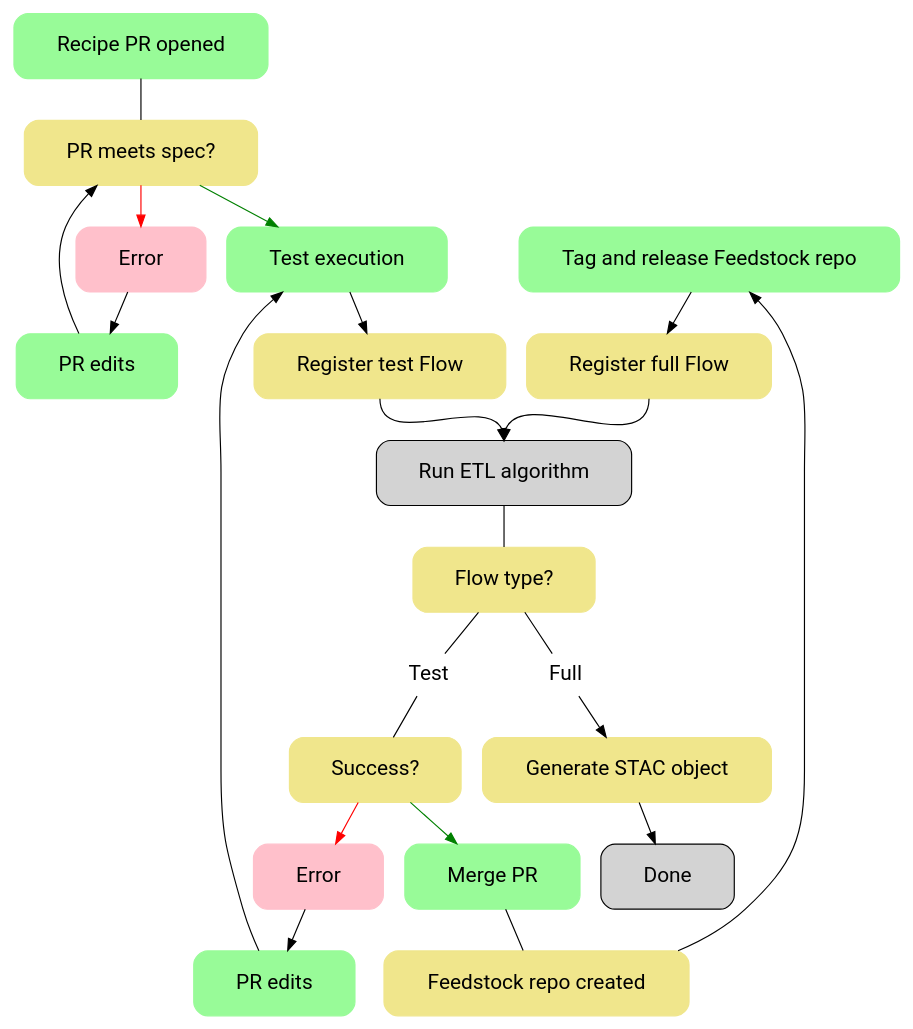
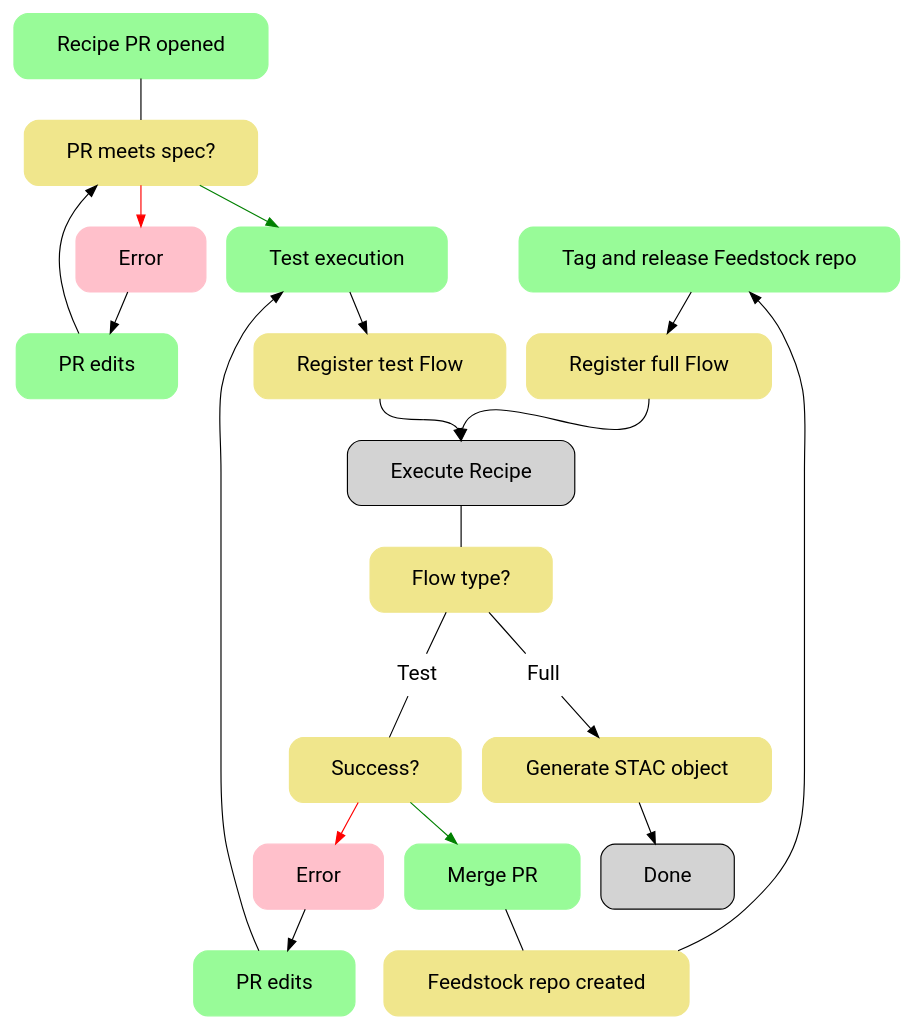
Before and after one commit to pangeo-forge/flow-charts: the diagram in ci-flow-simple.gv, drawn with Graphviz.

Commit message:
rename etl -> execute

```diff
--- a/ci-flow-simple.gv
+++ b/ci-flow-simple.gv
@@ -1,122 +1,122 @@
 digraph prof {
     node [style="filled, rounded", shape=box, fontname="Roboto", fontsize=18, margin="0.5,0.25"];
     
     /* ------- COLOR-CODED NODE "CLASSES" ------- */
     
     /* Human actions */
     pr, commits0, commits1, runrecipetest, merge,
     release [color=palegreen];
     
     /* Execution steps, flow control, etc. */
     // lintgate, registertest, runflow, flowexit, flowsuccess, updatecomment, newrepo, buildrecipe, exitgate, stac [color=khaki];
     lintgate, registertest, flowsuccess, newrepo, buildrecipe, exitgate, stac [color=khaki];
     
     /* Inline labels */
     Test, Full [color=white, margin="0,0"];
     
     /* Errors */
     error0, error1 [color=pink, label="Error"];
     
     
     /* ------- NODE LABELS ------- */
     
     pr [label="Recipe PR opened"];
     commits0, commits1 [label="PR edits"];
     lintgate [label="PR meets spec?"]
     runrecipetest [label="Test execution"]
     registertest [label="Register test Flow"]
     // runflow [label="Run Flow"]
-    etl [label="Run ETL algorithm"]
+    execute [label="Execute Recipe"]
     // flowexit [label="POST exit state"]
     // updatecomment [label="`/run-recipe-test` comment updated"]
     flowsuccess [label="Success?"]
     merge [label="Merge PR"]
     newrepo [label="Feedstock repo created"]
     release [label="Tag and release Feedstock repo"]
     buildrecipe [label="Register full Flow"]
     exitgate [label="Flow type?"]
     stac [label="Generate STAC object"]
     
     /* ------- GRAPH CONNECTIONS ------- */
     
     /* Control flow connections */
     
     pr -> lintgate [arrowhead=none]
     lintgate -> error0 [color=red]
     error0  -> commits0
     commits0 -> lintgate
     lintgate -> runrecipetest [color=green]
     runrecipetest -> registertest
     // registertest -> runflow
-    // runflow -> etl
-    registertest:s -> etl:n
-    // etl -> flowexit [arrowhead=none]
+    // runflow -> execute
+    registertest:s -> execute:n
+    // execute -> flowexit [arrowhead=none]
     // flowexit -> exitgate [arrowhead=none]
-    etl -> exitgate [arrowhead=none]
+    execute -> exitgate [arrowhead=none]
     exitgate -> Test [arrowhead=none]
     // Test -> updatecomment
     exitgate -> Full [arrowhead=none]
     Full -> stac
     stac -> Done
     // updatecomment -> flowsuccess [arrowhead=none]
     Test -> flowsuccess [arrowhead=none]
     flowsuccess -> error1 [color=red]
     error1 -> commits1
     commits1 -> runrecipetest
     flowsuccess -> merge [color=green]
     merge -> newrepo [arrowhead=none]
     newrepo -> release 
     release -> buildrecipe
     // buildrecipe -> runflow
-    buildrecipe:s -> etl:n
+    buildrecipe:s -> execute:n
     
     {rank = same; registertest; buildrecipe;}
     {rank = same; runrecipetest; release;}
     
     /* ------- CALL STACK -------      
 
     
     # Styling
     
     linter, registertest_stack, slashcmd, automationhook, 
     updatecomment_stack, newrepo_stack, buildrecipe_stack [color=aliceblue, margin="0.75,0.25"];
     
     # Labels
     
     linter [label="/staged-recipes/.github/workflows/linter.yaml"]
     
     registertest_stack [label="/staged-recipes/.github/workflows/slash-command-dispatch.yaml
     /staged-recipes/.github/workflows/run-recipe-test.yaml"]
     
     slashcmd [label="/recipe-prefect-action/action.yaml
     /pangeo-forge-prefect/pangeo_forge_prefect/flow_manager.py::register_flow"]
     
     automationhook [label="/pangeo-forge-prefect/pangeo_forge_prefect/automation_hook_manager.py"]
     
     updatecomment_stack [label="/staged-recipes/.github/workflows/update-slash-command-comment.yaml"]
     
     newrepo_stack [label="/staged-recipes/.github/workflows/create-feedstock.yaml
     /feedstock-creation-action/action.yaml"]
     
     buildrecipe_stack [label="/feedstock-template/.github/workflows/run-recipe.yaml"]
 
     # Call stack connections 
     
     lintgate -> linter [arrowhead=none, style=dotted]
     registertest -> registertest_stack [arrowhead=none, style=dotted]
     runflow -> slashcmd [arrowhead=none, style=dotted]
     flowexit -> automationhook [arrowhead=none, style=dotted]
     updatecomment -> updatecomment_stack [arrowhead=none, style=dotted]
     newrepo -> newrepo_stack [arrowhead=none, style=dotted]
     buildrecipe -> buildrecipe_stack [arrowhead=none, style=dotted]
     
     {rank = same; lintgate; linter;}
     {rank = same; registertest; registertest_stack;}
     {rank = same; runflow; slashcmd;}
     {rank = same; flowexit; automationhook;}
     {rank = same; updatecomment; updatecomment_stack;}
     {rank = same; newrepo; newrepo_stack;}
     {rank = same; buildrecipe; buildrecipe_stack;}
 
     */
 }
```
